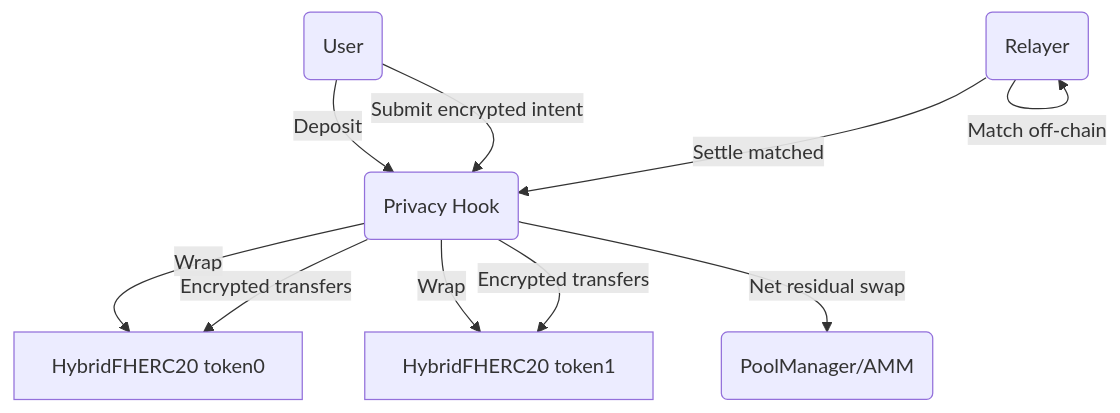
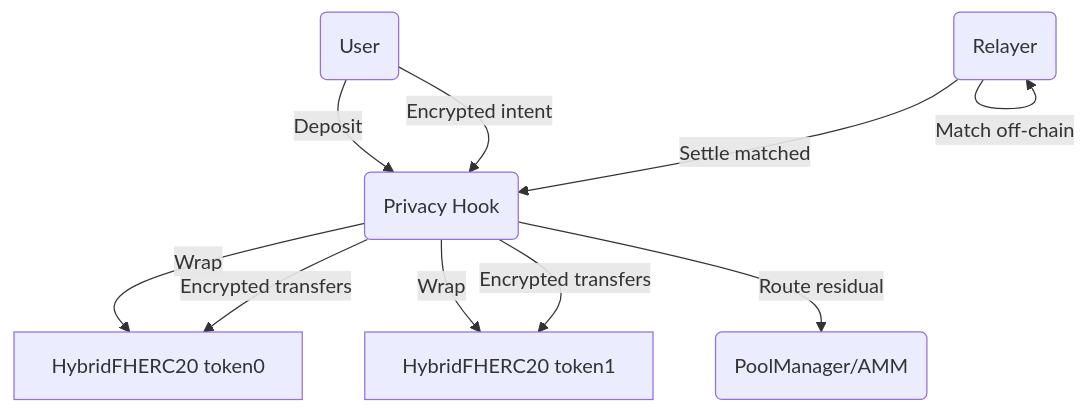
One commit to KHRAFTSng/PRIVACY-HOOK changed the first of 2 diagrams in README.md. Above: the diagram before and after it, drawn with Mermaid. The commit also changed other lines of this file, not shown here.

Commit message:
docs: reorganize README with badges, flows, roadmap, testing

````diff
--- a/README.md
+++ b/README.md
@@ -38,12 +32,12 @@
 ```mermaid
 flowchart TD
     U(User) -->|Deposit| H(Privacy Hook)
     H -->|Wrap| T0[HybridFHERC20 token0]
     H -->|Wrap| T1[HybridFHERC20 token1]
-    U -->|Submit encrypted intent| H
+    U -->|Encrypted intent| H
     R(Relayer) -->|Match off-chain| R
     R -->|Settle matched| H
     H -->|Encrypted transfers| T0
     H -->|Encrypted transfers| T1
-    H -->|Net residual swap| PM(PoolManager/AMM)
+    H -->|Route residual| PM(PoolManager/AMM)
 ```
````
